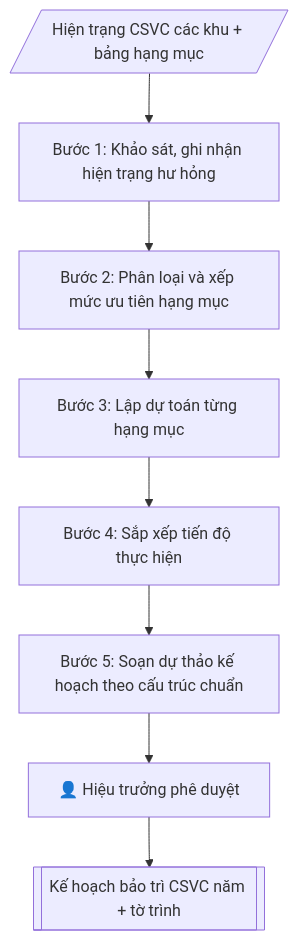
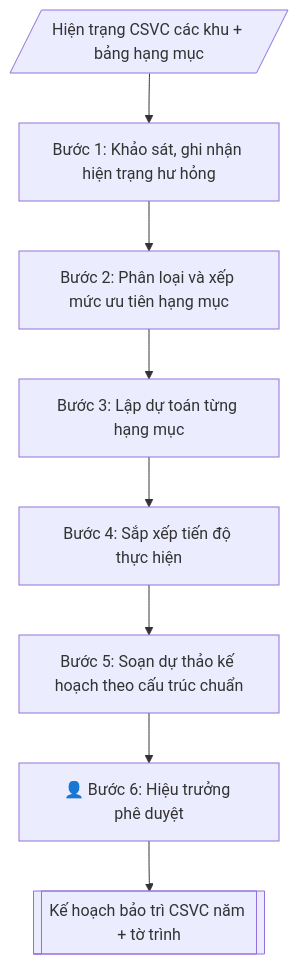
One commit to phamtruong91/dh-skills changed the diagram in skills/ke-hoach-bao-tri-csvc/SKILL.md. Above: the diagram before and after it, drawn with Mermaid. The commit also changed 124 other files, not shown here.

````diff
--- a/skills/ke-hoach-bao-tri-csvc/SKILL.md
+++ b/skills/ke-hoach-bao-tri-csvc/SKILL.md
@@ -83,10 +83,10 @@
 ```mermaid
 flowchart TD
     A[/"Hiện trạng CSVC các khu + bảng hạng mục"/] --> B["Bước 1: Khảo sát, ghi nhận hiện trạng hư hỏng"]
     B --> C["Bước 2: Phân loại và xếp mức ưu tiên hạng mục"]
     C --> D["Bước 3: Lập dự toán từng hạng mục"]
     D --> E["Bước 4: Sắp xếp tiến độ thực hiện"]
     E --> F["Bước 5: Soạn dự thảo kế hoạch theo cấu trúc chuẩn"]
-    F --> HG["👤 Hiệu trưởng phê duyệt"]
+    F --> HG["👤 Bước 6: Hiệu trưởng phê duyệt"]
     HG --> G[["Kế hoạch bảo trì CSVC năm + tờ trình"]]
 ```
````
